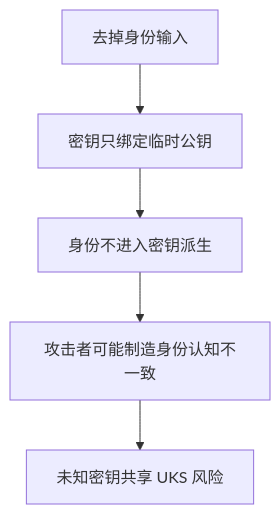
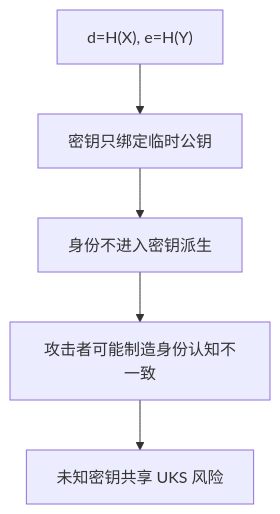
The eighth of 21 diagrams in 大三下/密码协议/密码协议期末复习-Obsidian视觉版.md (22mouseok-crypto/obsidian-vault), drawn with Mermaid before and after one commit. The commit also changed other lines of this file, not shown here.

````diff
--- a/大三下/密码协议/密码协议期末复习-Obsidian视觉版.md
+++ b/大三下/密码协议/密码协议期末复习-Obsidian视觉版.md
@@ -344,7 +344,7 @@
 ```mermaid
 flowchart TD
-    A[去掉身份输入] --> B[密钥只绑定临时公钥]
+    A["d=H(X), e=H(Y)"] --> B[密钥只绑定临时公钥]
     B --> C[身份不进入密钥派生]
     C --> D[攻击者可能制造身份认知不一致]
     D --> E[未知密钥共享 UKS 风险]
 ```
````
